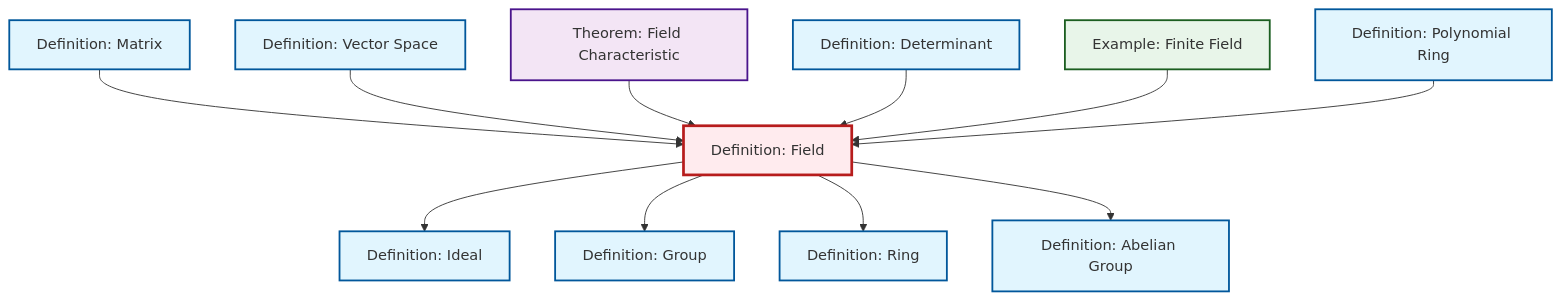
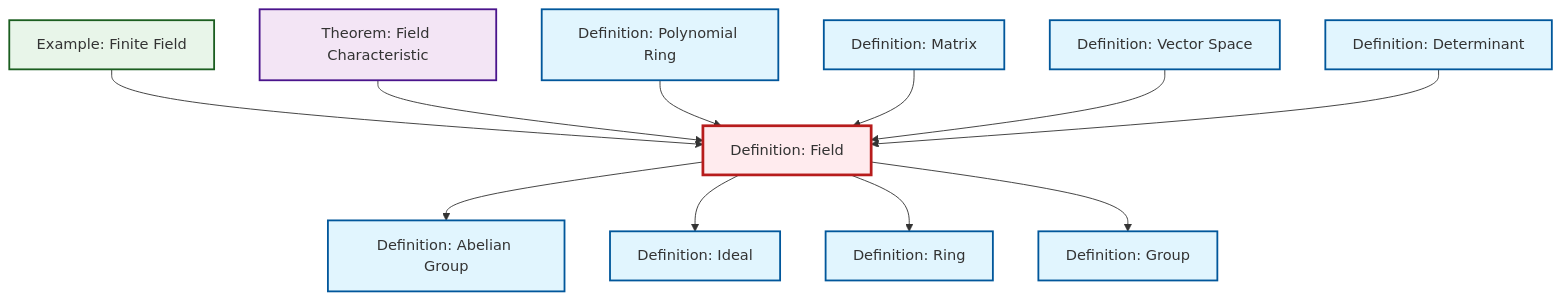
One commit to RK0429/ModernMath changed the diagram in content/en/algebra/def-field.qmd. Above: the diagram before and after it, drawn with Mermaid. The commit also changed other lines of this file and 581 other files, not shown here.

````diff
--- a/content/en/algebra/def-field.qmd
+++ b/content/en/algebra/def-field.qmd
@@ -54,41 +55,41 @@
 ```{mermaid}
 %%| fig-cap: "Local dependency graph"
 graph TD
     classDef definition fill:#e1f5fe,stroke:#01579b,stroke-width:2px
     classDef theorem fill:#f3e5f5,stroke:#4a148c,stroke-width:2px
     classDef axiom fill:#fff3e0,stroke:#e65100,stroke-width:2px
     classDef example fill:#e8f5e9,stroke:#1b5e20,stroke-width:2px
     classDef current fill:#ffebee,stroke:#b71c1c,stroke-width:3px
+    def-vector-space["Definition: Vector Space"]:::definition
+    def-matrix["Definition: Matrix"]:::definition
+    def-ring["Definition: Ring"]:::definition
+    def-determinant["Definition: Determinant"]:::definition
+    ex-finite-field["Example: Finite Field"]:::example
+    def-polynomial-ring["Definition: Polynomial Ring"]:::definition
+    def-ideal["Definition: Ideal"]:::definition
+    def-abelian-group["Definition: Abelian Group"]:::definition
+    def-group["Definition: Group"]:::definition
+    thm-field-characteristic["Theorem: Field Characteristic"]:::theorem
     def-field["Definition: Field"]:::definition
-    def-ring["Definition: Ring"]:::definition
-    ex-finite-field["Example: Finite Field"]:::example
-    def-vector-space["Definition: Vector Space"]:::definition
-    def-ideal["Definition: Ideal"]:::definition
-    thm-field-characteristic["Theorem: Field Characteristic"]:::theorem
-    def-abelian-group["Definition: Abelian Group"]:::definition
-    def-polynomial-ring["Definition: Polynomial Ring"]:::definition
-    def-group["Definition: Group"]:::definition
-    def-matrix["Definition: Matrix"]:::definition
-    def-determinant["Definition: Determinant"]:::definition
+    def-field --> def-abelian-group
+    ex-finite-field --> def-field
+    thm-field-characteristic --> def-field
+    def-polynomial-ring --> def-field
+    def-field --> def-ideal
     def-matrix --> def-field
     def-vector-space --> def-field
-    thm-field-characteristic --> def-field
     def-determinant --> def-field
-    def-field --> def-ideal
+    def-field --> def-ring
     def-field --> def-group
-    ex-finite-field --> def-field
-    def-field --> def-ring
-    def-field --> def-abelian-group
-    def-polynomial-ring --> def-field
     class def-field current
+    click def-vector-space "def-vector-space.html" "Go to Vector Space definition"
+    click def-matrix "def-matrix.html" "Go to Matrix definition"
     click def-ring "def-ring.html" "Go to Ring definition"
+    click def-determinant "def-determinant.html" "Go to Determinant definition"
     click ex-finite-field "ex-finite-field.html" "Go to Finite Field example"
-    click def-vector-space "def-vector-space.html" "Go to Vector Space definition"
+    click def-polynomial-ring "def-polynomial-ring.html" "Go to Polynomial Ring definition"
     click def-ideal "def-ideal.html" "Go to Ideal definition"
+    click def-abelian-group "def-abelian-group.html" "Go to Abelian Group definition"
+    click def-group "def-group.html" "Go to Group definition"
     click thm-field-characteristic "thm-field-characteristic.html" "Go to Field Characteristic theorem"
-    click def-abelian-group "def-abelian-group.html" "Go to Abelian Group definition"
-    click def-polynomial-ring "def-polynomial-ring.html" "Go to Polynomial Ring definition"
-    click def-group "def-group.html" "Go to Group definition"
-    click def-matrix "def-matrix.html" "Go to Matrix definition"
-    click def-determinant "def-determinant.html" "Go to Determinant definition"
 ```
````
